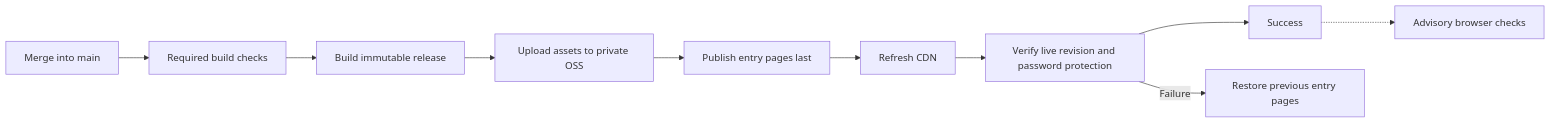
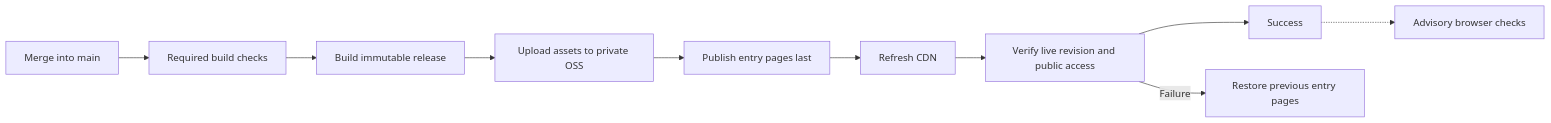
Before and after one commit to younggzzheng/fergusonhealth: the diagram in docs/OPERATIONS.md, drawn with Mermaid. The commit also changed other lines of this file and 21 other files, not shown here.

````diff
--- a/docs/OPERATIONS.md
+++ b/docs/OPERATIONS.md
@@ -93,12 +93,12 @@
 ```mermaid
 flowchart LR
   A[Merge into main] --> B[Required build checks]
   B --> C[Build immutable release]
   C --> D[Upload assets to private OSS]
   D --> E[Publish entry pages last]
   E --> F[Refresh CDN]
-  F --> G[Verify live revision and password protection]
+  F --> G[Verify live revision and public access]
   G --> H[Success]
   G -->|Failure| I[Restore previous entry pages]
   H -.-> J[Advisory browser checks]
 ```
````
